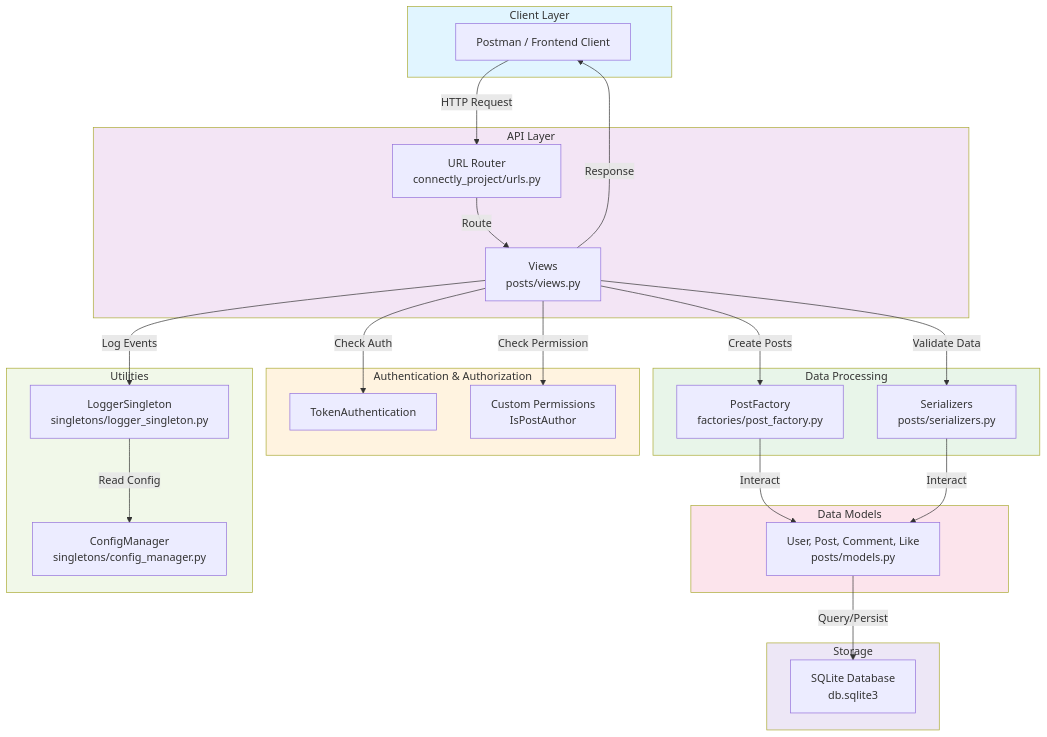
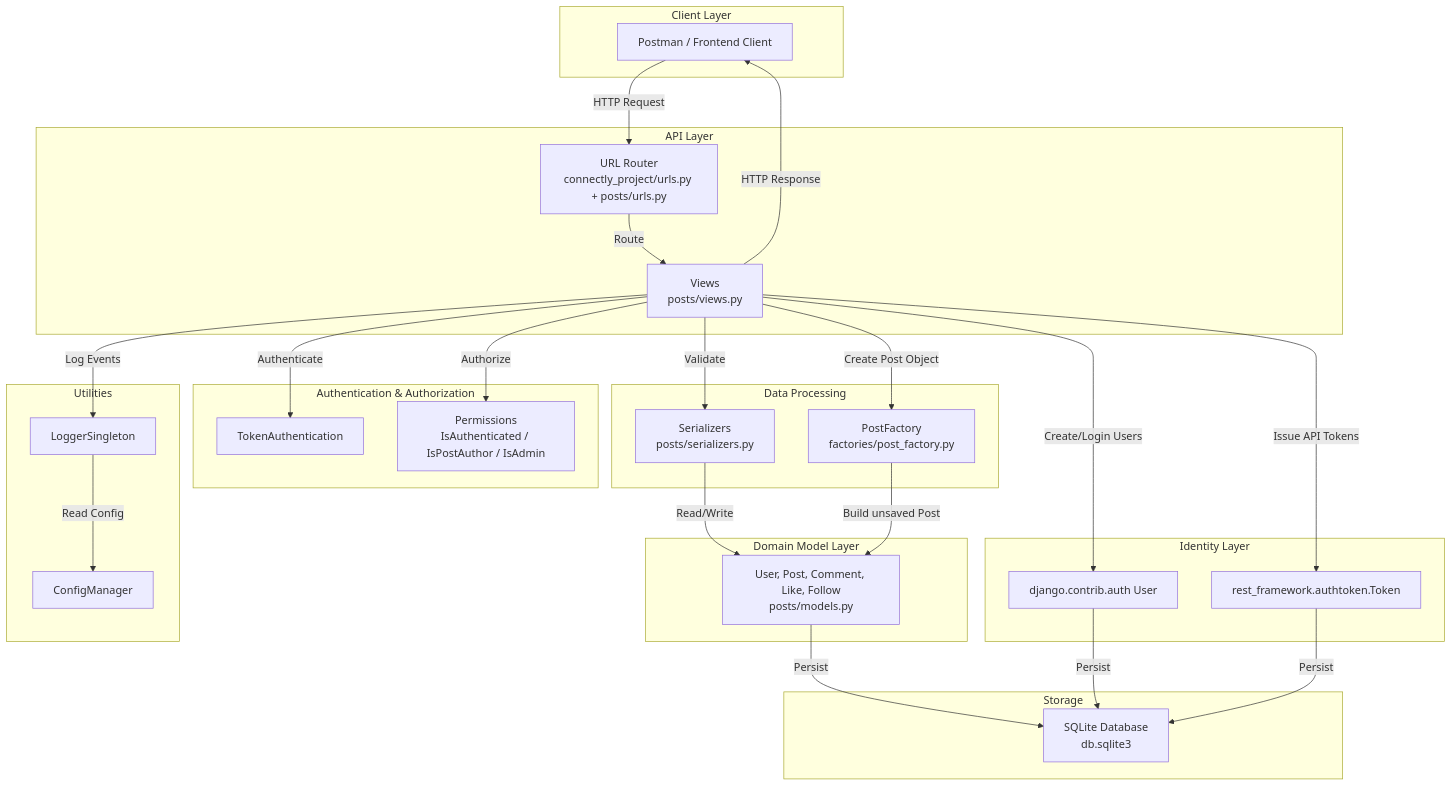
Before and after one commit to ShakiraCasusi/Connectly: the third of 5 diagrams in README.md, drawn with Mermaid. The commit also changed other lines of this file, not shown here.

````diff
--- a/README.md
+++ b/README.md
@@ -173,55 +235,56 @@
 ```mermaid
 graph TB
     subgraph Client["Client Layer"]
         Postman["Postman / Frontend Client"]
     end
 
     subgraph API["API Layer"]
-        Router["URL Router<br/>connectly_project/urls.py"]
+        Router["URL Router<br/>connectly_project/urls.py + posts/urls.py"]
         Views["Views<br/>posts/views.py"]
     end
 
     subgraph Auth["Authentication & Authorization"]
         TokenAuth["TokenAuthentication"]
-        Perms["Custom Permissions<br/>IsPostAuthor"]
+        Perms["Permissions<br/>IsAuthenticated / IsPostAuthor / IsAdmin"]
     end
 
     subgraph Processing["Data Processing"]
         Serializers["Serializers<br/>posts/serializers.py"]
         Factory["PostFactory<br/>factories/post_factory.py"]
     end
 
-    subgraph Models["Data Models"]
-        ModelLayer["User, Post, Comment, Like<br/>posts/models.py"]
+    subgraph Domain["Domain Model Layer"]
+        DomainModels["User, Post, Comment, Like, Follow<br/>posts/models.py"]
+    end
+
+    subgraph Identity["Identity Layer"]
+        DjangoAuth["django.contrib.auth User"]
+        TokenModel["rest_framework.authtoken.Token"]
     end
 
     subgraph Utils["Utilities"]
-        Logger["LoggerSingleton<br/>singletons/logger_singleton.py"]
-        Config["ConfigManager<br/>singletons/config_manager.py"]
+        Logger["LoggerSingleton"]
+        Config["ConfigManager"]
     end
 
     subgraph Storage["Storage"]
         DB["SQLite Database<br/>db.sqlite3"]
     end
 
     Postman -->|HTTP Request| Router
     Router -->|Route| Views
-    Views -->|Check Auth| TokenAuth
-    Views -->|Check Permission| Perms
-    Views -->|Validate Data| Serializers
-    Views -->|Create Posts| Factory
-    Factory -->|Interact| ModelLayer
-    Serializers -->|Interact| ModelLayer
-    ModelLayer -->|Query/Persist| DB
+    Views -->|Authenticate| TokenAuth
+    Views -->|Authorize| Perms
+    Views -->|Validate| Serializers
+    Views -->|Create Post Object| Factory
+    Serializers -->|Read/Write| DomainModels
+    Factory -->|Build unsaved Post| DomainModels
+    Views -->|Create/Login Users| DjangoAuth
+    Views -->|Issue API Tokens| TokenModel
+    DomainModels -->|Persist| DB
+    DjangoAuth -->|Persist| DB
+    TokenModel -->|Persist| DB
     Views -->|Log Events| Logger
     Logger -->|Read Config| Config
-    Views -->|Response| Postman
-
-    style Client fill:#e1f5ff
-    style API fill:#f3e5f5
-    style Auth fill:#fff3e0
-    style Processing fill:#e8f5e9
-    style Models fill:#fce4ec
-    style Utils fill:#f1f8e9
-    style Storage fill:#ede7f6
+    Views -->|HTTP Response| Postman
 ```
````
